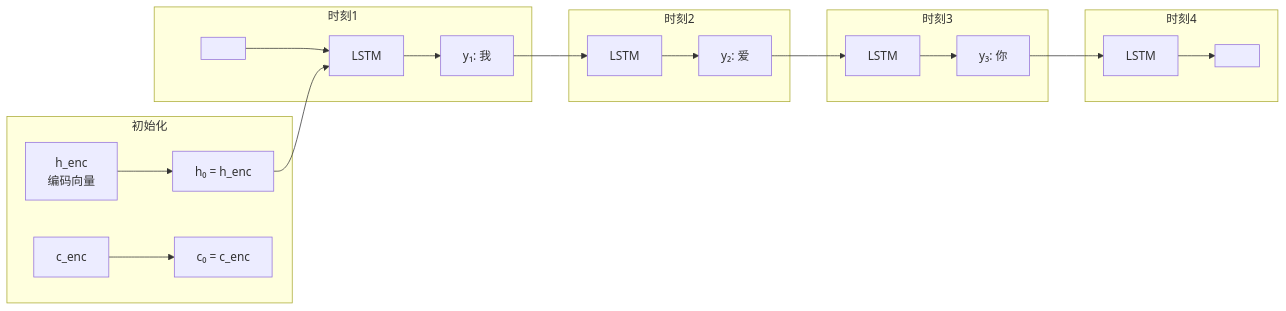
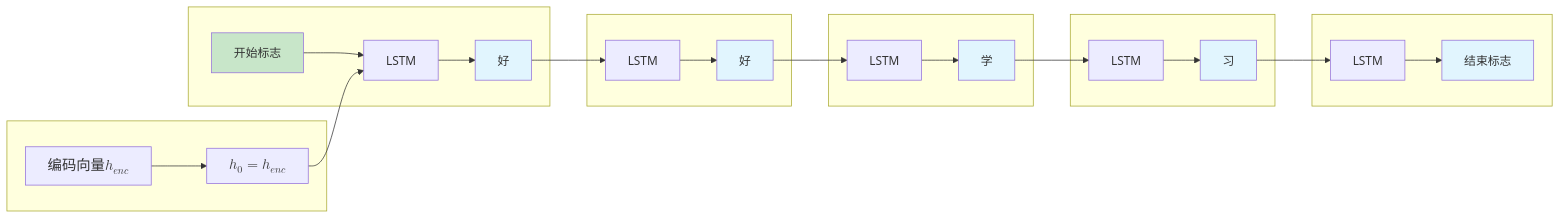
One commit to fenixsoft/dmla changed the second of 2 diagrams in docs/deep-learning/sequence-models/seq2seq.md. Above: the diagram before and after it, drawn with Mermaid. The commit also changed other lines of this file and 42 other files, not shown here.

````diff
--- a/docs/deep-learning/sequence-models/seq2seq.md
+++ b/docs/deep-learning/sequence-models/seq2seq.md
@@ -127,28 +46,39 @@
-```mermaid
+```mermaid compact
 graph LR
-    subgraph 初始化
-        HENC["h_enc<br/>编码向量"] --> H0["h₀ = h_enc"]
-        CENC["c_enc"] --> C0["c₀ = c_enc"]
+    subgraph " "
+        HENC["$$编码向量h_{enc}$$"] --> H0["$$h₀ = h_{enc}$$"]
     end
     
-    subgraph 时刻1
-        START["<START>"] --> LSTM1[LSTM]
+    subgraph " "
+        START["开始标志"] --> LSTM1[LSTM]
         H0 --> LSTM1
-        LSTM1 --> Y1["y₁: 我"]
+        LSTM1 --> Y1["好"]
     end
     
-    subgraph 时刻2
+    subgraph " "
         Y1 --> LSTM2[LSTM]
-        LSTM2 --> Y2["y₂: 爱"]
+        LSTM2 --> Y2["好"]
     end
     
-    subgraph 时刻3
+    subgraph " "
         Y2 --> LSTM3[LSTM]
-        LSTM3 --> Y3["y₃: 你"]
+        LSTM3 --> Y3["学"]
     end
     
-    subgraph 时刻4
+    subgraph " "
         Y3 --> LSTM4[LSTM]
-        LSTM4 --> END["<END>"]
+        LSTM4 --> Y4["习"]
     end
+
+        subgraph " "
+        Y4 --> LSTM5[LSTM]
+        LSTM5 --> END["结束标志"]
+    end
+
+    style Y1 fill:#e1f5fe
+    style Y2 fill:#e1f5fe
+    style Y3 fill:#e1f5fe
+    style Y4 fill:#e1f5fe
+    style END fill:#e1f5fe
+    style START fill:#c8e6c9
 ```
````
